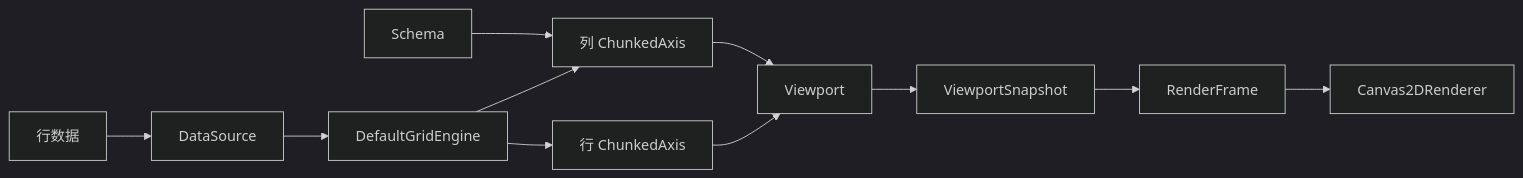
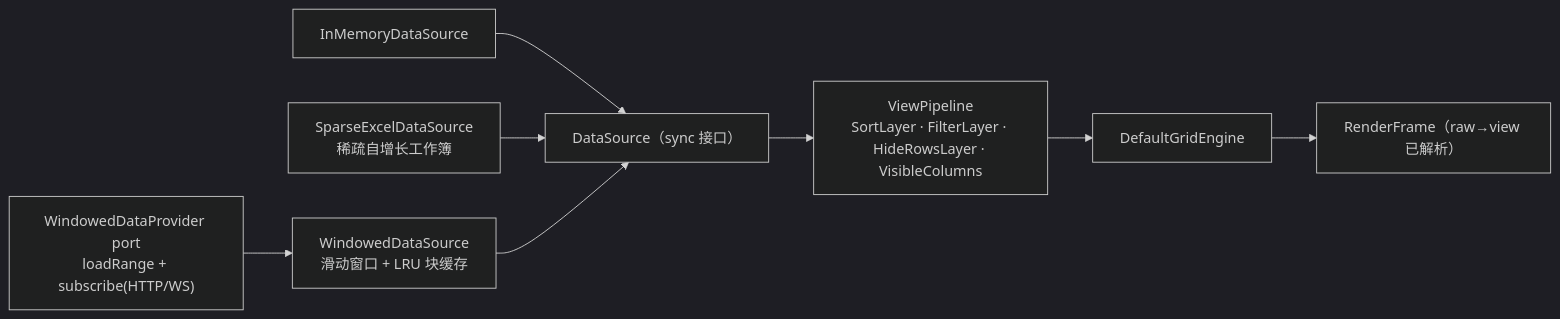
The fourth of 4 diagrams in docs/architecture.md (r1005410078/NovaSheet), drawn with Mermaid (dark theme) before and after one commit. The commit also changed other lines of this file and 4 other files, not shown here.

First line of the commit message:
docs: 对齐根/core README 与 architecture.md 至当前代码结构

````diff
--- a/docs/architecture.md
+++ b/docs/architecture.md
@@ -188,13 +168,10 @@
 ```mermaid
 flowchart LR
-  Schema["Schema"] --> ColAxis["列 ChunkedAxis"]
-  Rows["行数据"] --> DS["DataSource"]
-  DS --> Engine["DefaultGridEngine"]
-  Engine --> RowAxis["行 ChunkedAxis"]
-  Engine --> ColAxis
-  RowAxis --> VP["Viewport"]
-  ColAxis --> VP
-  VP --> Snap["ViewportSnapshot"]
-  Snap --> Frame["RenderFrame"]
-  Frame --> Renderer["Canvas2DRenderer"]
+  IMD["InMemoryDataSource"] --> DS["DataSource（sync 接口）"]
+  SED["SparseExcelDataSource<br/>稀疏自增长工作簿"] --> DS
+  WDS["WindowedDataSource<br/>滑动窗口 + LRU 块缓存"] --> DS
+  WDP["WindowedDataProvider port<br/>loadRange + subscribe(HTTP/WS)"] --> WDS
+  DS --> VP["ViewPipeline<br/>SortLayer · FilterLayer · HideRowsLayer · VisibleColumns"]
+  VP --> ENG["DefaultGridEngine"]
+  ENG --> Frame["RenderFrame（raw→view 已解析）"]
 ```
````
